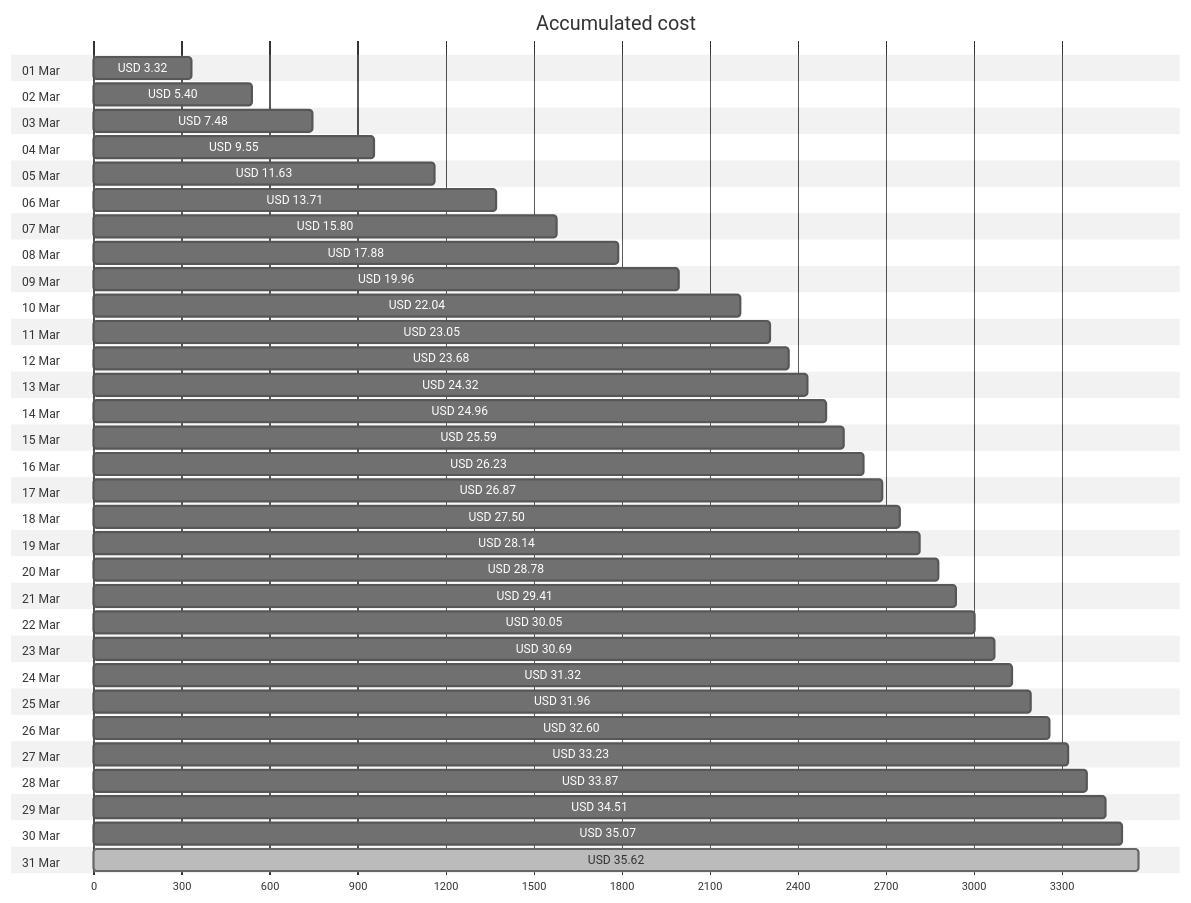
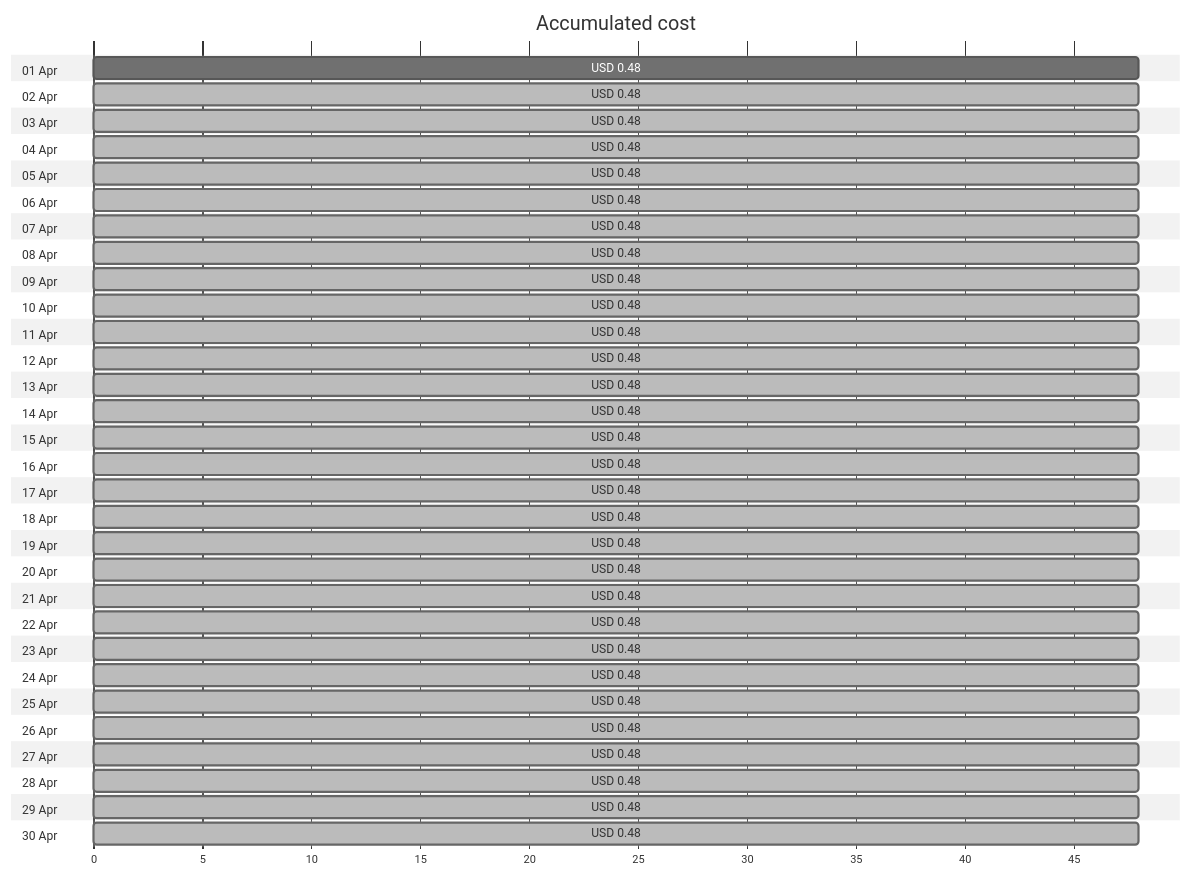
The first of 4 diagrams in cost-reports/accumulated-cost.md (jpfulton/azure-personal-reports), drawn with Mermaid (neutral theme) before and after one commit. The commit also changed other lines of this file and 4 other files, not shown here.

````diff
--- a/cost-reports/accumulated-cost.md
+++ b/cost-reports/accumulated-cost.md
@@ -20,68 +20,66 @@
 ```mermaid
 gantt
    title Accumulated cost
    dateFormat  X
    axisFormat %s
-   section 01 Mar
-   USD 3.32 :0, 332
-   section 02 Mar
-   USD 5.40 :0, 540
-   section 03 Mar
-   USD 7.48 :0, 748
-   section 04 Mar
-   USD 9.55 :0, 955
-   section 05 Mar
-   USD 11.63 :0, 1163
-   section 06 Mar
-   USD 13.71 :0, 1371
-   section 07 Mar
-   USD 15.80 :0, 1580
-   section 08 Mar
-   USD 17.88 :0, 1788
-   section 09 Mar
-   USD 19.96 :0, 1996
-   section 10 Mar
-   USD 22.04 :0, 2204
-   section 11 Mar
-   USD 23.05 :0, 2305
-   section 12 Mar
-   USD 23.68 :0, 2368
-   section 13 Mar
-   USD 24.32 :0, 2432
-   section 14 Mar
-   USD 24.96 :0, 2496
-   section 15 Mar
-   USD 25.59 :0, 2559
-   section 16 Mar
-   USD 26.23 :0, 2623
-   section 17 Mar
-   USD 26.87 :0, 2687
-   section 18 Mar
-   USD 27.50 :0, 2750
-   section 19 Mar
-   USD 28.14 :0, 2814
-   section 20 Mar
-   USD 28.78 :0, 2878
-   section 21 Mar
-   USD 29.41 :0, 2941
-   section 22 Mar
-   USD 30.05 :0, 3005
-   section 23 Mar
-   USD 30.69 :0, 3069
-   section 24 Mar
-   USD 31.32 :0, 3132
-   section 25 Mar
-   USD 31.96 :0, 3196
-   section 26 Mar
-   USD 32.60 :0, 3260
-   section 27 Mar
-   USD 33.23 :0, 3323
-   section 28 Mar
-   USD 33.87 :0, 3387
-   section 29 Mar
-   USD 34.51 :0, 3451
-   section 30 Mar
-   USD 35.07 :0, 3507
-   section 31 Mar
-   USD 35.62 : done, 0, 3562
+   section 01 Apr
+   USD 0.48 :0, 48
+   section 02 Apr
+   USD 0.48 : done, 0, 48
+   section 03 Apr
+   USD 0.48 : done, 0, 48
+   section 04 Apr
+   USD 0.48 : done, 0, 48
+   section 05 Apr
+   USD 0.48 : done, 0, 48
+   section 06 Apr
+   USD 0.48 : done, 0, 48
+   section 07 Apr
+   USD 0.48 : done, 0, 48
+   section 08 Apr
+   USD 0.48 : done, 0, 48
+   section 09 Apr
+   USD 0.48 : done, 0, 48
+   section 10 Apr
+   USD 0.48 : done, 0, 48
+   section 11 Apr
+   USD 0.48 : done, 0, 48
+   section 12 Apr
+   USD 0.48 : done, 0, 48
+   section 13 Apr
+   USD 0.48 : done, 0, 48
+   section 14 Apr
+   USD 0.48 : done, 0, 48
+   section 15 Apr
+   USD 0.48 : done, 0, 48
+   section 16 Apr
+   USD 0.48 : done, 0, 48
+   section 17 Apr
+   USD 0.48 : done, 0, 48
+   section 18 Apr
+   USD 0.48 : done, 0, 48
+   section 19 Apr
+   USD 0.48 : done, 0, 48
+   section 20 Apr
+   USD 0.48 : done, 0, 48
+   section 21 Apr
+   USD 0.48 : done, 0, 48
+   section 22 Apr
+   USD 0.48 : done, 0, 48
+   section 23 Apr
+   USD 0.48 : done, 0, 48
+   section 24 Apr
+   USD 0.48 : done, 0, 48
+   section 25 Apr
+   USD 0.48 : done, 0, 48
+   section 26 Apr
+   USD 0.48 : done, 0, 48
+   section 27 Apr
+   USD 0.48 : done, 0, 48
+   section 28 Apr
+   USD 0.48 : done, 0, 48
+   section 29 Apr
+   USD 0.48 : done, 0, 48
+   section 30 Apr
+   USD 0.48 : done, 0, 48
 ```
````
